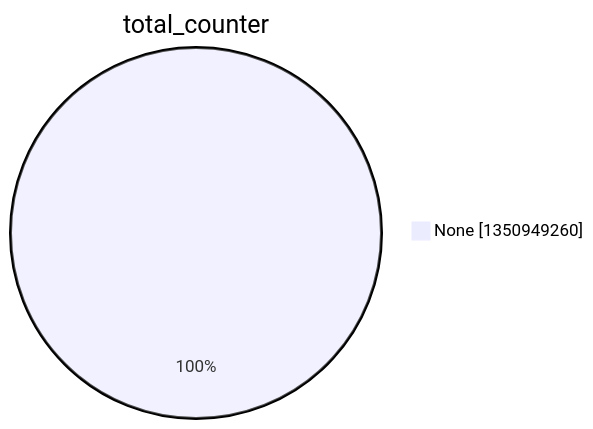
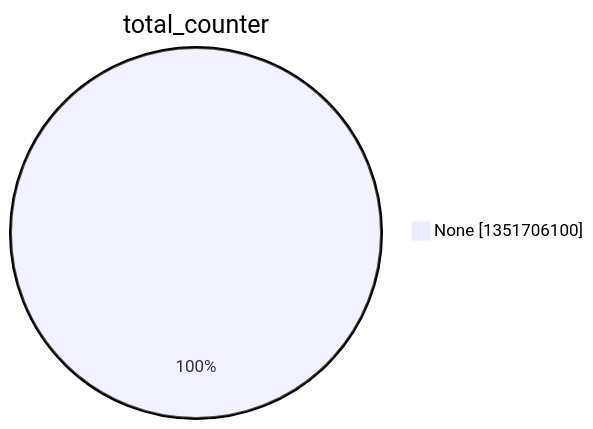
The second of 15 diagrams in argon2022/README.md (christiankrug/ctmonitor_visualization), drawn with Mermaid before and after one commit. The commit also changed other lines of this file, not shown here.

````diff
--- a/argon2022/README.md
+++ b/argon2022/README.md
@@ -9,5 +9,5 @@
 ```mermaid
 pie showData
 title total_counter
-"None" :1350949260
+"None" :1351706100
 ```
````
